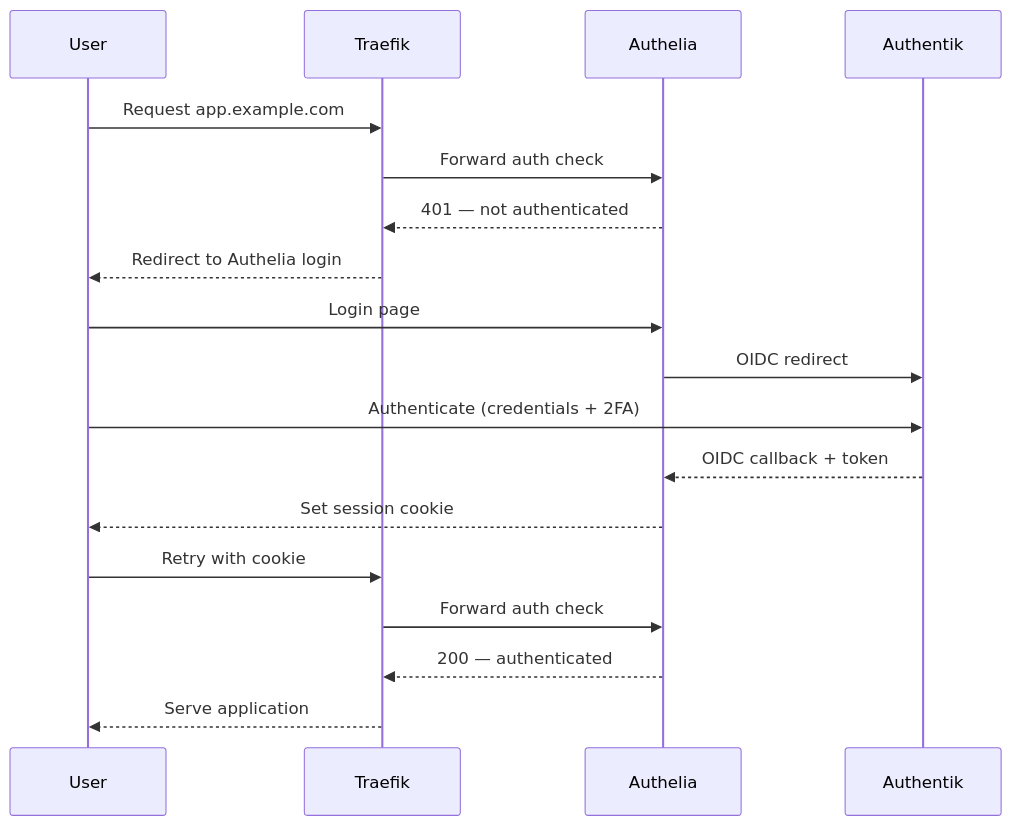
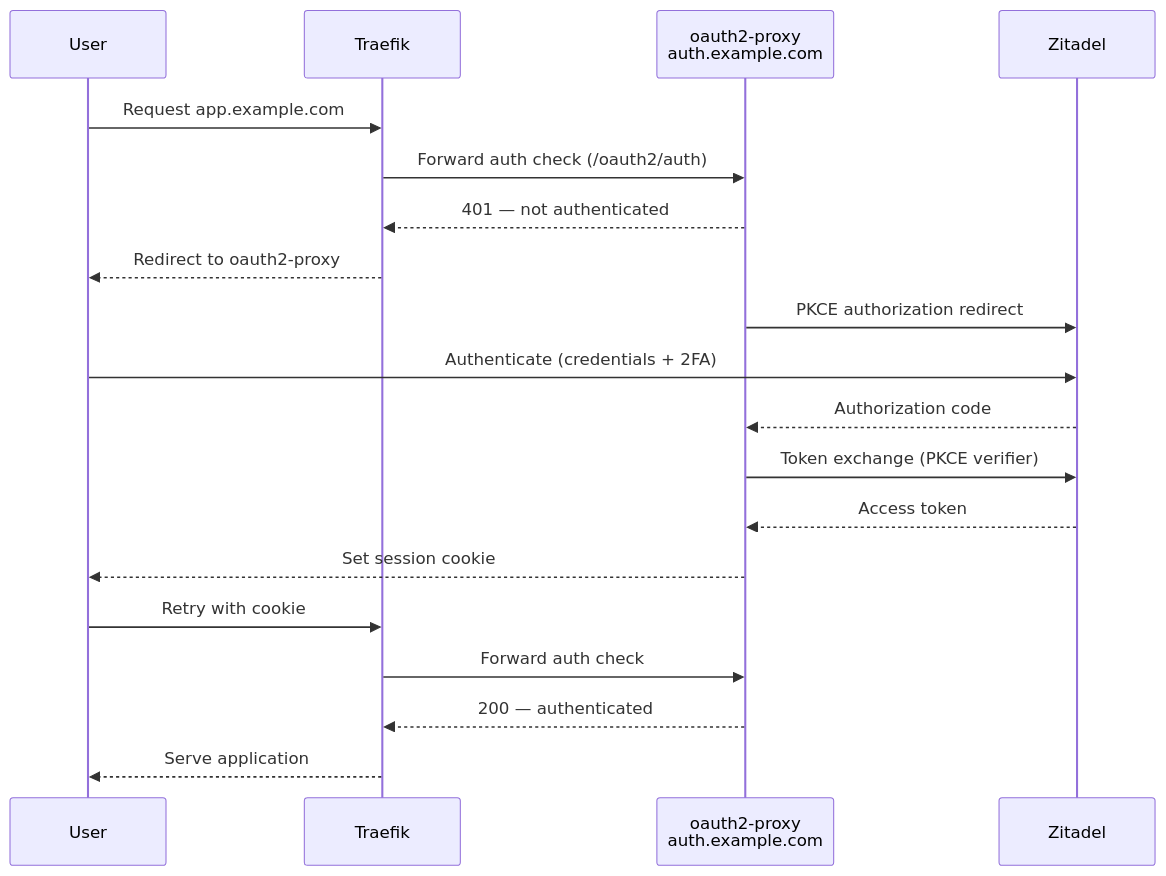
Before and after one commit to lucid-void/homelab: the second of 3 diagrams in docs/operations/security.md, drawn with Mermaid. The commit also changed other lines of this file and 6 other files, not shown here.

````diff
--- a/docs/operations/security.md
+++ b/docs/operations/security.md
@@ -41,21 +41,22 @@
 ```mermaid
 sequenceDiagram
     participant U as User
     participant TF as Traefik
-    participant AL as Authelia
-    participant AK as Authentik
+    participant OP as oauth2-proxy<br/>auth.example.com
+    participant ZI as Zitadel
 
     U->>TF: Request app.example.com
-    TF->>AL: Forward auth check
-    AL-->>TF: 401 — not authenticated
-    TF-->>U: Redirect to Authelia login
-    U->>AL: Login page
-    AL->>AK: OIDC redirect
-    U->>AK: Authenticate (credentials + 2FA)
-    AK-->>AL: OIDC callback + token
-    AL-->>U: Set session cookie
+    TF->>OP: Forward auth check (/oauth2/auth)
+    OP-->>TF: 401 — not authenticated
+    TF-->>U: Redirect to oauth2-proxy
+    OP->>ZI: PKCE authorization redirect
+    U->>ZI: Authenticate (credentials + 2FA)
+    ZI-->>OP: Authorization code
+    OP->>ZI: Token exchange (PKCE verifier)
+    ZI-->>OP: Access token
+    OP-->>U: Set session cookie
     U->>TF: Retry with cookie
-    TF->>AL: Forward auth check
-    AL-->>TF: 200 — authenticated
+    TF->>OP: Forward auth check
+    OP-->>TF: 200 — authenticated
     TF-->>U: Serve application
 ```
````
